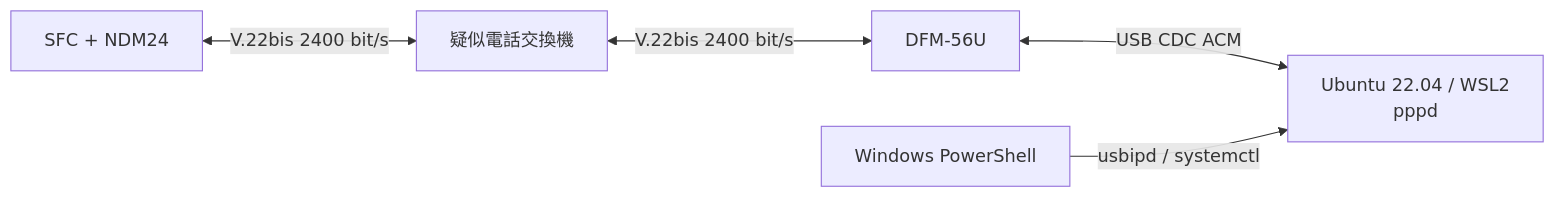
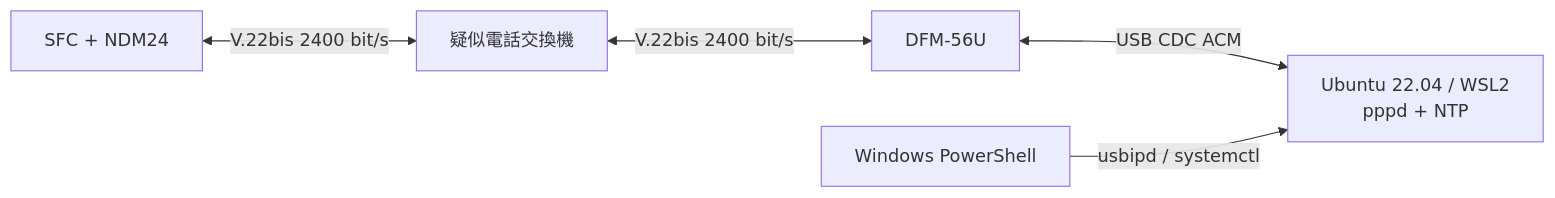
One commit to mucho613/snes-modem-control changed the diagram in docs/ppp-server.md. Above: the diagram before and after it, drawn with Mermaid. The commit also changed other lines of this file and 4 other files, not shown here.

````diff
--- a/docs/ppp-server.md
+++ b/docs/ppp-server.md
@@ -11,7 +11,7 @@
 ```mermaid
 flowchart LR
     S["SFC + NDM24"] <-->|"V.22bis 2400 bit/s"| X["疑似電話交換機"]
     X <-->|"V.22bis 2400 bit/s"| D["DFM-56U"]
-    D <-->|"USB CDC ACM"| W["Ubuntu 22.04 / WSL2<br/>pppd"]
+    D <-->|"USB CDC ACM"| W["Ubuntu 22.04 / WSL2<br/>pppd + NTP"]
     P["Windows PowerShell"] -->|"usbipd / systemctl"| W
 ```
````
